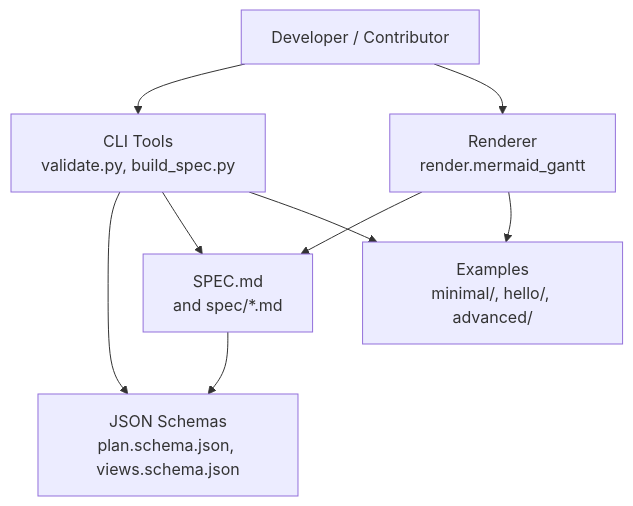
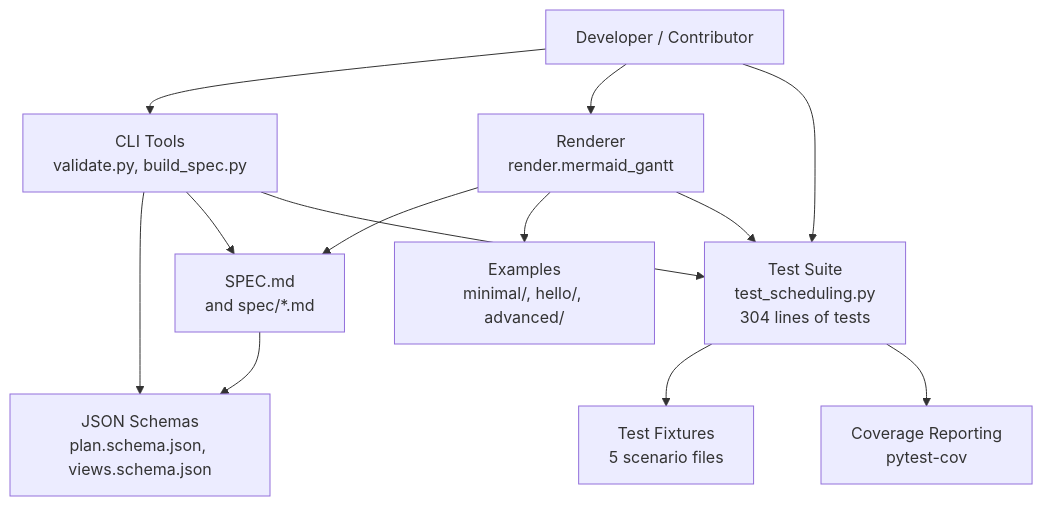
The second of 7 diagrams in .qoder/repowiki/en/content/Development and Contributing.md (asukhodko/opskarta), drawn with Mermaid before and after one commit. The commit also changed other lines of this file and 5 other files, not shown here.

````diff
--- a/.qoder/repowiki/en/content/Development and Contributing.md
+++ b/.qoder/repowiki/en/content/Development and Contributing.md
@@ -105,17 +127,24 @@
 ```mermaid
 graph TB
 user["Developer / Contributor"]
 cli["CLI Tools<br/>validate.py, build_spec.py"]
 renderer["Renderer<br/>render.mermaid_gantt"]
 spec["SPEC.md<br/>and spec/*.md"]
 schemas["JSON Schemas<br/>plan.schema.json, views.schema.json"]
 examples["Examples<br/>minimal/, hello/, advanced/"]
+tests["Test Suite<br/>test_scheduling.py<br/>304 lines of tests"]
+fixtures["Test Fixtures<br/>5 scenario files"]
+coverage["Coverage Reporting<br/>pytest-cov"]
 user --> cli
 user --> renderer
+user --> tests
 cli --> schemas
 cli --> spec
+cli --> tests
 renderer --> spec
 renderer --> examples
-cli --> examples
+renderer --> tests
+tests --> fixtures
+tests --> coverage
 spec --> schemas
 ```
````
